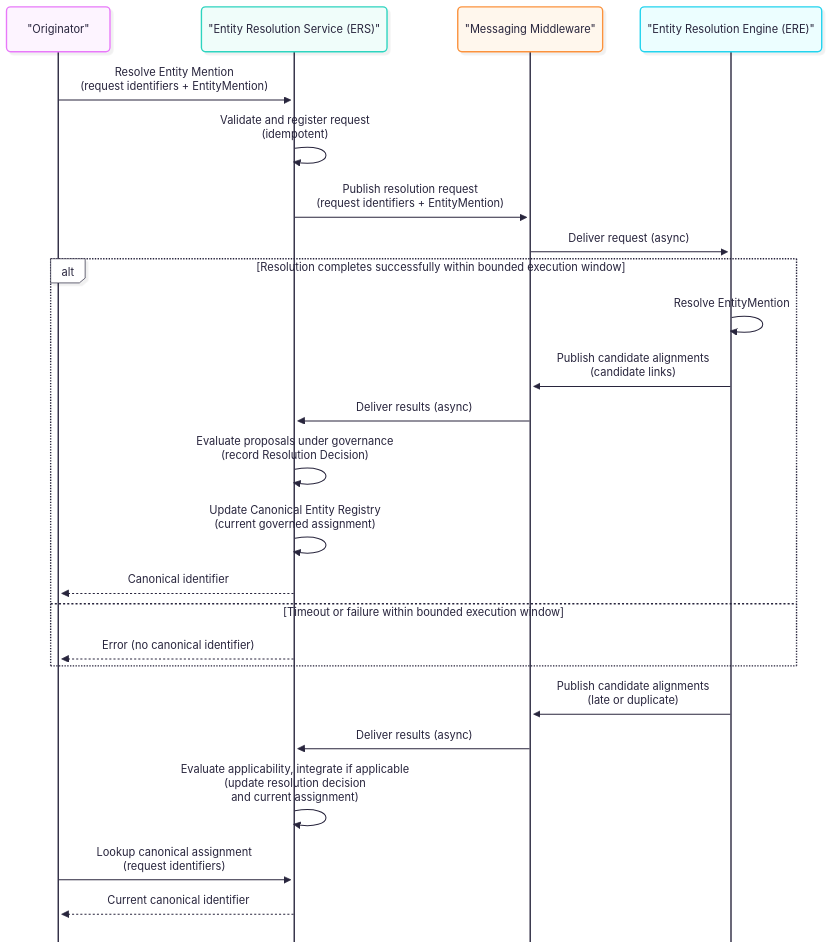
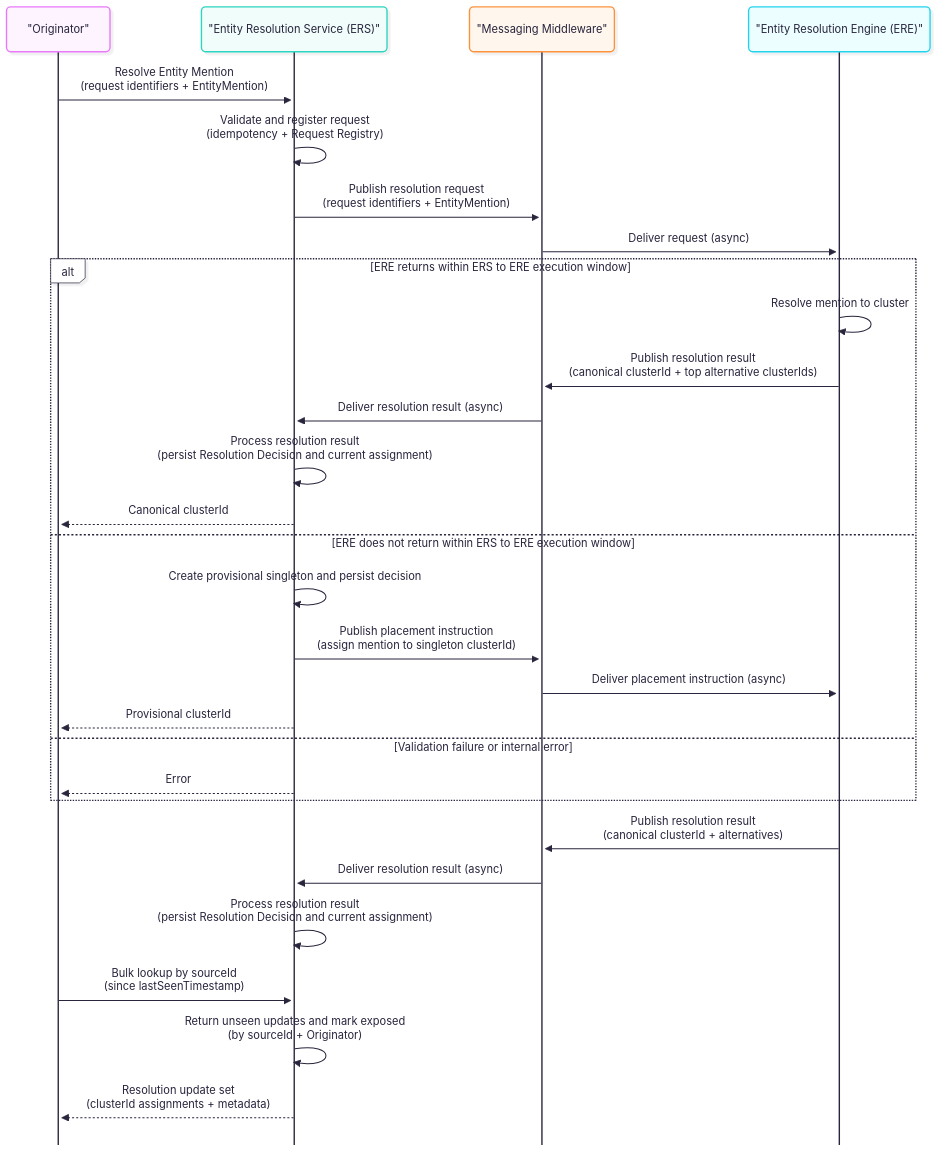
The diagram in docs/architecture/sequence_diagrams/E2E-resolution-cycle(simplified).mmd (OP-TED/entity-resolution-spec), drawn with Mermaid before and after one commit. The commit also changed 11 other files, not shown here.

First line of the commit message:
update sequence diagrams

```diff
--- a/docs/architecture/sequence_diagrams/E2E-resolution-cycle(simplified).mmd
+++ b/docs/architecture/sequence_diagrams/E2E-resolution-cycle(simplified).mmd
@@ -1,45 +1,49 @@
 ---
 config:
   look: neo
   theme: redux-color
   mirrorActors: false
   sequence:
     bottomMarginAdj: 0.1
 ---
 sequenceDiagram
-%% Maps to EA diagram: UML Sequence (conceptual overview)
-%% Simplified: ERSys collapsed to single ERS lifeline
-%% Semantics aligned with the locked extended diagram.
+%% Maps to EA diagram: UML Sequence (conceptual E2E overview)
+%% Aligned with UCB11 (intake), UC12 (result processing), UC1.3 (bulk lookup)
+%% ERSys collapsed to single ERS lifeline
 
 participant Originator as "Originator"
 participant ERS as "Entity Resolution Service (ERS)"
 participant MessagingMiddleware as "Messaging Middleware"
 participant ERE as "Entity Resolution Engine (ERE)"
 
-%% Phase 1 — Bounded resolve (synchronous; waits for completion)
+%% Phase 1 — Resolve request (UCB11)
 Originator ->> ERS: Resolve Entity Mention<br/>(request identifiers + EntityMention)
-ERS ->> ERS: Validate and register request<br/>(idempotent)
+ERS ->> ERS: Validate and register request<br/>(idempotency + Request Registry)
 
 ERS ->> MessagingMiddleware: Publish resolution request<br/>(request identifiers + EntityMention)
 MessagingMiddleware ->> ERE: Deliver request (async)
 
-alt Resolution completes successfully within bounded execution window
-    ERE ->> ERE: Resolve EntityMention
-    ERE ->> MessagingMiddleware: Publish candidate alignments<br/>(candidate links)
-    MessagingMiddleware ->> ERS: Deliver results (async)
-    ERS ->> ERS: Evaluate proposals under governance<br/>(record Resolution Decision)
-    ERS ->> ERS: Update Canonical Entity Registry<br/>(current governed assignment)
-    ERS -->> Originator: Canonical identifier
-else Timeout or failure within bounded execution window
-    ERS -->> Originator: Error (no canonical identifier)
+alt ERE returns within ERS to ERE execution window
+    ERE ->> ERE: Resolve mention to cluster
+    ERE ->> MessagingMiddleware: Publish resolution result<br/>(canonical clusterId + top alternative clusterIds)
+    MessagingMiddleware ->> ERS: Deliver resolution result (async)
+    ERS ->> ERS: Process resolution result<br/>(persist Resolution Decision and current assignment)
+    ERS -->> Originator: Canonical clusterId
+else ERE does not return within ERS to ERE execution window
+    ERS ->> ERS: Create provisional singleton and persist decision
+    ERS ->> MessagingMiddleware: Publish placement instruction<br/>(assign mention to singleton clusterId)
+    MessagingMiddleware ->> ERE: Deliver placement instruction (async)
+    ERS -->> Originator: Provisional clusterId
+else Validation failure or internal error
+    ERS -->> Originator: Error
 end
 
-%% Phase 2 — Late / duplicate responses (after client request completed)
-ERE ->> MessagingMiddleware: Publish candidate alignments<br/>(late or duplicate)
-MessagingMiddleware ->> ERS: Deliver results (async)
-ERS ->> ERS: Evaluate applicability, integrate if applicable<br>(update resolution decision<br> and current assignment)
-%% note right of ERS: No callback or push to Originator; completed request outcome is final.
+%% Phase 2 — Late or duplicate resolution results (UC12)
+ERE ->> MessagingMiddleware: Publish resolution result<br/>(canonical clusterId + alternatives)
+MessagingMiddleware ->> ERS: Deliver resolution result (async)
+ERS ->> ERS: Process resolution result<br/>(persist Resolution Decision and current assignment)
 
-%% Phase 3 — Convergence (read-only observation)
-Originator ->> ERS: Lookup canonical assignment<br/>(request identifiers)
-ERS -->> Originator: Current canonical identifier
+%% Phase 3 — Bulk lookup by source (UC1.3)
+Originator ->> ERS: Bulk lookup by sourceId<br/>(since lastSeenTimestamp)
+ERS ->> ERS: Return unseen updates and mark exposed<br/>(by sourceId + Originator)
+ERS -->> Originator: Resolution update set<br/>(clusterId assignments + metadata)
```
